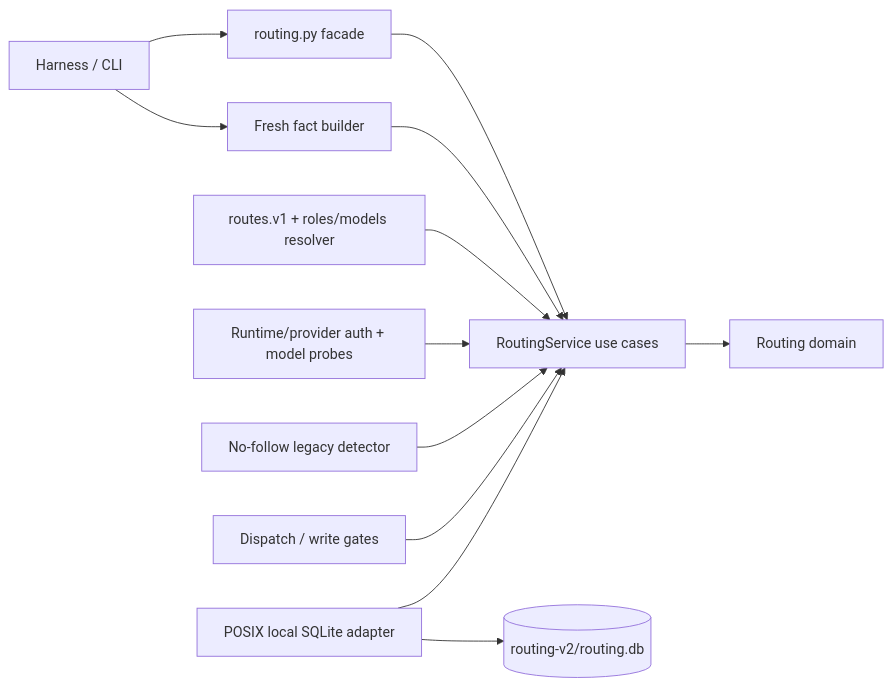
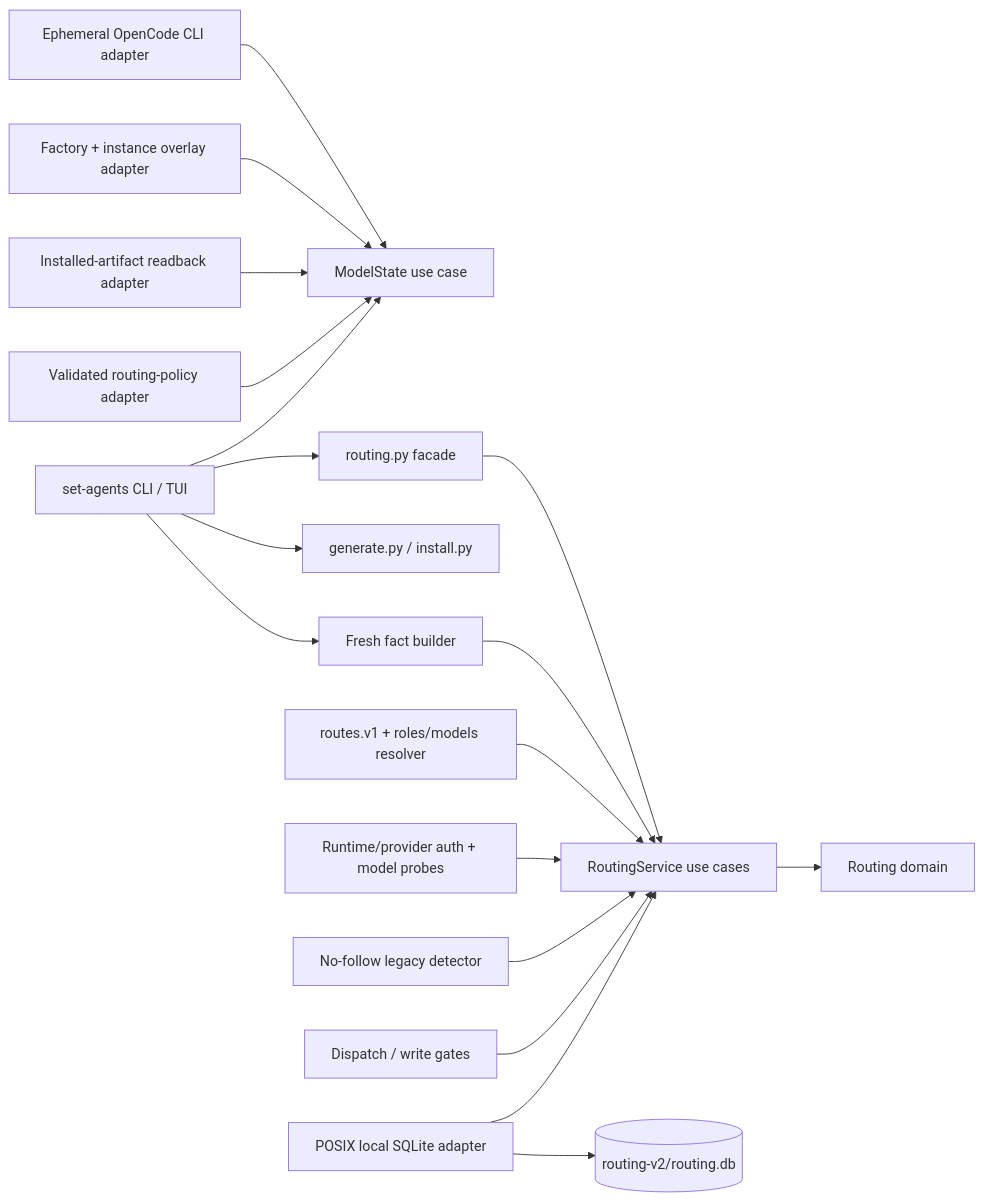
The first of 7 diagrams in docs/architecture/overview.md (federico0330/set-agents), drawn with Mermaid before and after one commit. The commit also changed other lines of this file and 135 other files, not shown here.

First line of the commit message:
045-049: land live console, hosts, lanes, human UI, and honest model identity.

````diff
--- a/docs/architecture/overview.md
+++ b/docs/architecture/overview.md
@@ -25,14 +26,20 @@
 ```mermaid
 flowchart LR
-    Harness["Harness / CLI"] --> Facade["routing.py facade"]
-    Harness --> Facts["Fresh fact builder"]
+    Console["set-agents CLI / TUI"] --> ModelState["ModelState use case"]
+    Session["Ephemeral OpenCode CLI adapter"] --> ModelState
+    Desired["Factory + instance overlay adapter"] --> ModelState
+    Installed["Installed-artifact readback adapter"] --> ModelState
+    Policy["Validated routing-policy adapter"] --> ModelState
+    Console --> Facade["routing.py facade"]
+    Console --> Generator["generate.py / install.py"]
+    Console --> Facts["Fresh fact builder"]
     Facade --> Service["RoutingService use cases"]
     Facts --> Service
     Service --> Domain["Routing domain"]
     Catalog["routes.v1 + roles/models resolver"] --> Service
     Auth["Runtime/provider auth + model probes"] --> Service
     Legacy["No-follow legacy detector"] --> Service
     Gates["Dispatch / write gates"] --> Service
     Store["POSIX local SQLite adapter"] --> Service
     Store --> DB[("routing-v2/routing.db")]
 ```
````
